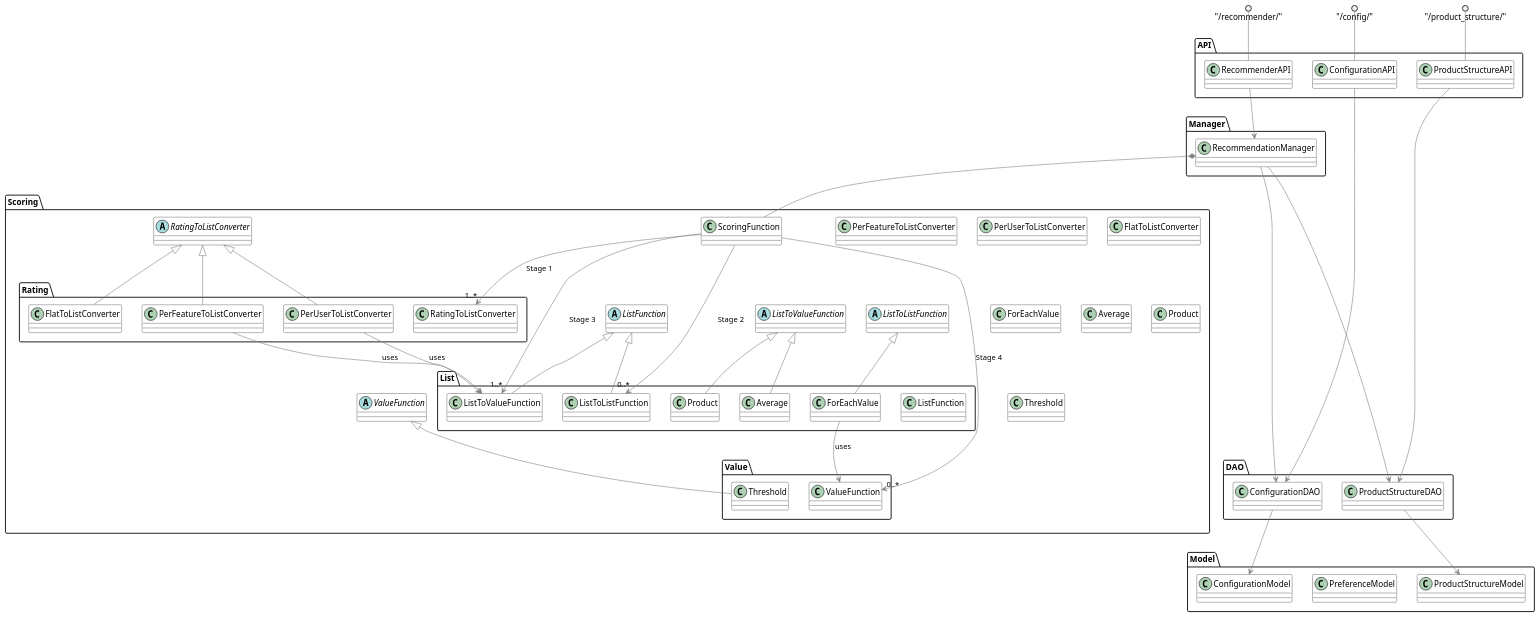
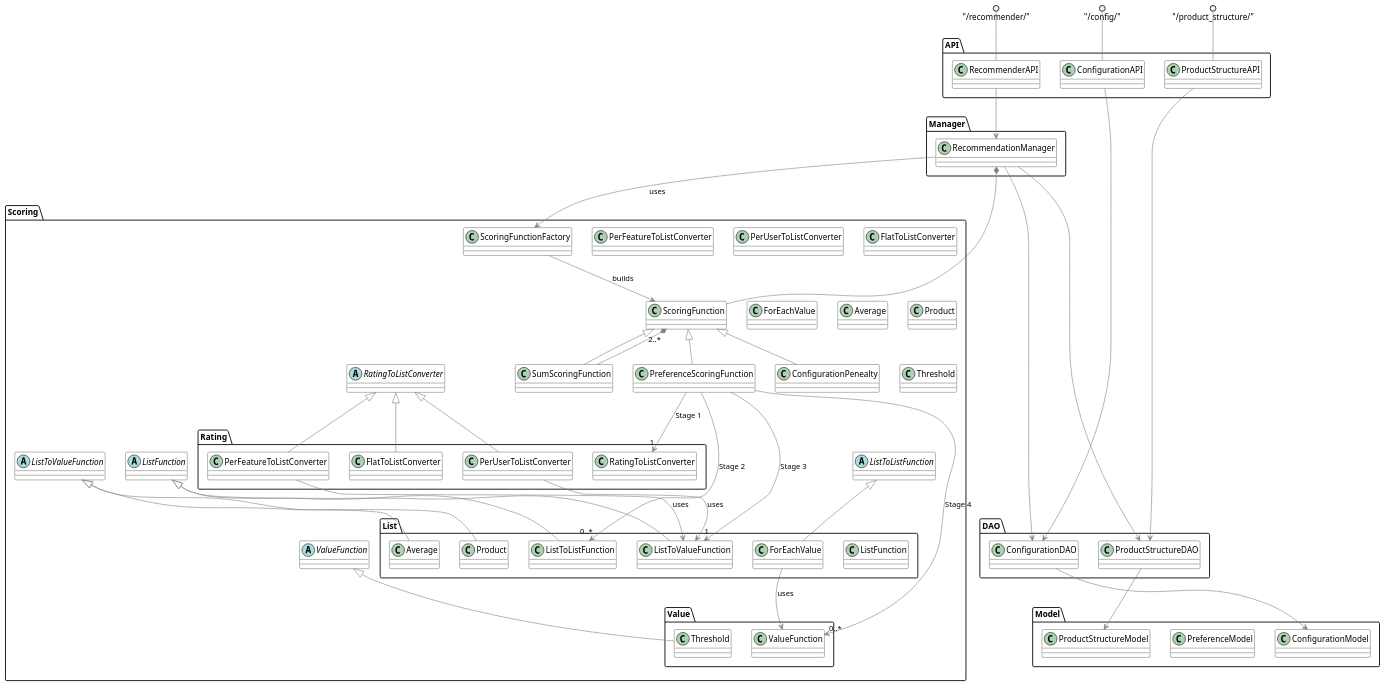
The diagram in Additional_Notes/class_diagram.plantuml (13hannes11/bachelor_thesis), drawn with PlantUML before and after one commit.

Commit message:
added construct around scoring function

```diff
--- a/Additional_Notes/class_diagram.plantuml
+++ b/Additional_Notes/class_diagram.plantuml
@@ -1,144 +1,160 @@
 @startuml
 
 skinparam class {
 	BackgroundColor White
 	ArrowColor Grey
 	BorderColor Black
 }
 skinparam shadowing false
 
 package API {
     class ConfigurationAPI
     class RecommenderAPI
     class ProductStructureAPI
 }
 "/config/" ()-- ConfigurationAPI
 "/recommender/" ()-- RecommenderAPI
 "/product_structure/" ()-- ProductStructureAPI
 
 package Manager {
     class RecommendationManager
 }
 
 package Model{
     class ConfigurationModel
     class PreferenceModel
     class ProductStructureModel
 }
 
 package DAO {
     class ConfigurationDAO
     class ProductStructureDAO
 }
 
 package Scoring {  
     
     
 
     package List {
         class ListFunction
         class ListToListFunction
         class ListToValueFunction
         class Average
         class Product
         class ForEachValue
     }
 
     package Value {
         class ValueFunction
         class Threshold
     }
 
     package Rating {
         class RatingToListConverter
         class FlatToListConverter
         class PerUserToListConverter
         class PerFeatureToListConverter
     }
 
+    class ScoringFunctionFactory{
 
-    ScoringFunction --> "1..*" RatingToListConverter : Stage 1
-    ScoringFunction --> "0..*" ListToListFunction : Stage 2
-    ScoringFunction --> "1..*" ListToValueFunction : Stage 3
-    ScoringFunction --> "0..*" ValueFunction : Stage 4
+    }
+    ScoringFunctionFactory --> ScoringFunction : builds
 
-    class ScoringFunction{
+
+    PreferenceScoringFunction --> "1" RatingToListConverter : Stage 1
+    PreferenceScoringFunction --> "0..*" ListToListFunction : Stage 2
+    PreferenceScoringFunction --> "1" ListToValueFunction : Stage 3
+    PreferenceScoringFunction --> "0..*" ValueFunction : Stage 4
+
+    ScoringFunction <|-- PreferenceScoringFunction
+    class PreferenceScoringFunction{
+
+    }
+    ScoringFunction <|-- ConfigurationPenealty
+    class ConfigurationPenealty{
+
+    }
+    ScoringFunction <|-- SumScoringFunction
+    SumScoringFunction --* "2..*" ScoringFunction
+    class SumScoringFunction{
 
     }
 
     abstract class RatingToListConverter {
 
     }
 
     RatingToListConverter <|-- PerFeatureToListConverter
     PerFeatureToListConverter --> ListToValueFunction :uses
     class PerFeatureToListConverter {
 
     }
     RatingToListConverter <|-- PerUserToListConverter
     PerUserToListConverter --> ListToValueFunction :uses
     class PerUserToListConverter {
 
     }
     RatingToListConverter <|-- FlatToListConverter
     class FlatToListConverter {
 
     }
  
     abstract class ListFunction {
 
     }
 
     ListFunction <|-- ListToListFunction
     abstract class ListToListFunction {
 
     }
 
     ListToListFunction <|-- ForEachValue
     ForEachValue --> ValueFunction:uses
     class ForEachValue {
 
     }
 
 
     ListFunction <|-- ListToValueFunction
     abstract class ListToValueFunction {
         
     }
 
     ListToValueFunction <|-- Average
     class Average {
         
     }
     ListToValueFunction <|-- Product
     class Product {
 
     }
 
     abstract class ValueFunction{
 
     }
 
     ValueFunction <|-- Threshold
     class Threshold {
         
     }
 }
 
 RecommendationManager *-- ScoringFunction
 
 ConfigurationAPI --> ConfigurationDAO
 ProductStructureAPI --> ProductStructureDAO
 RecommenderAPI --> RecommendationManager
 
 RecommendationManager --> ProductStructureDAO
 RecommendationManager --> ConfigurationDAO
+RecommendationManager --> ScoringFunctionFactory :uses
 ScoringFunction --[hidden]--> ConfigurationDAO
 
 
 
 ConfigurationDAO --> ConfigurationModel
 ProductStructureDAO --> ProductStructureModel
 
 
 @enduml
```
